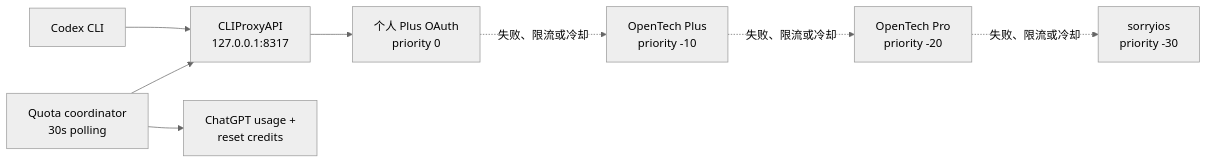
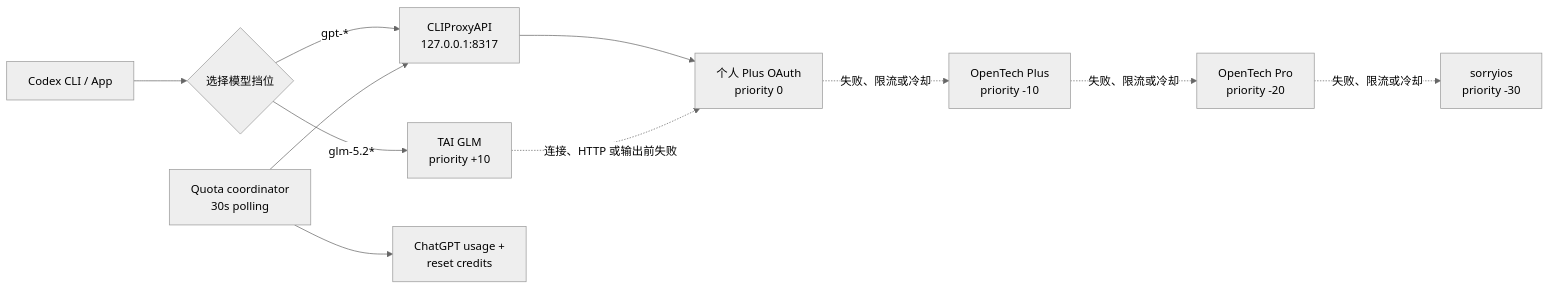
The diagram in README.md (szddddddd/cliproxyapi-codex-plus-first-guide), drawn with Mermaid (neutral theme) before and after one commit. The commit also changed other lines of this file and 1 other file, not shown here.

Commit message:
feat: add GLM gear with Plus failover

````diff
--- a/README.md
+++ b/README.md
@@ -22,10 +23,13 @@
 ```mermaid
 flowchart LR
-    A["Codex CLI"] --> B["CLIProxyAPI\n127.0.0.1:8317"]
+    A["Codex CLI / App"] --> S{"选择模型挡位"}
+    S -->|"gpt-*"| B["CLIProxyAPI\n127.0.0.1:8317"]
+    S -->|"glm-5.2*"| I["TAI GLM\npriority +10"]
     G["Quota coordinator\n30s polling"] --> B
     G --> H["ChatGPT usage +\nreset credits"]
     B --> C["个人 Plus OAuth\npriority 0"]
+    I -. "连接、HTTP 或输出前失败" .-> C
     C -. "失败、限流或冷却" .-> D["OpenTech Plus\npriority -10"]
     D -. "失败、限流或冷却" .-> E["OpenTech Pro\npriority -20"]
     E -. "失败、限流或冷却" .-> F["sorryios\npriority -30"]
 ```
````
